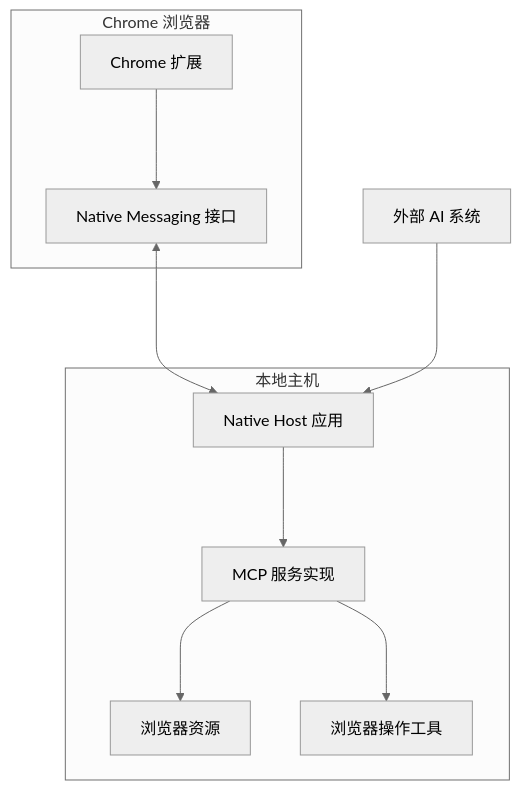
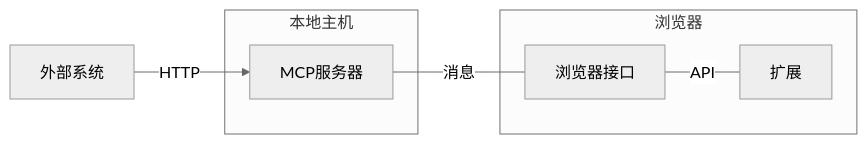
Before and after one commit to nanobrowser/nanobrowser: the diagram in docs/chrome-mcp-host.md, drawn with Mermaid (neutral theme). The commit also changed other lines of this file and 2 other files, not shown here.

````diff
--- a/docs/chrome-mcp-host.md
+++ b/docs/chrome-mcp-host.md
@@ -27,22 +73,15 @@
 ```mermaid
-graph TD
-    A[Chrome 扩展] ---> B[Native Messaging 接口]
-    B <---> C[Native Host 应用]
-    C ---> D[MCP 服务实现]
-    D ---> E1[浏览器资源]
-    D ---> E2[浏览器操作工具]
-    
-    F[外部 AI 系统] ---> C
-    
-    subgraph "Chrome 浏览器"
+graph LR
+    F["外部系统"] -- HTTP --> C["MCP服务器"]
+    C -- 消息 --- B["浏览器接口"]
+    B -- API --- A["扩展"]
+
+    subgraph "本地主机"
+        C
+    end
+
+    subgraph "浏览器"
         A
         B
     end
-    
-    subgraph "本地主机"
-        C
-        D
-        E1
-        E2
-    end
 ```
````
